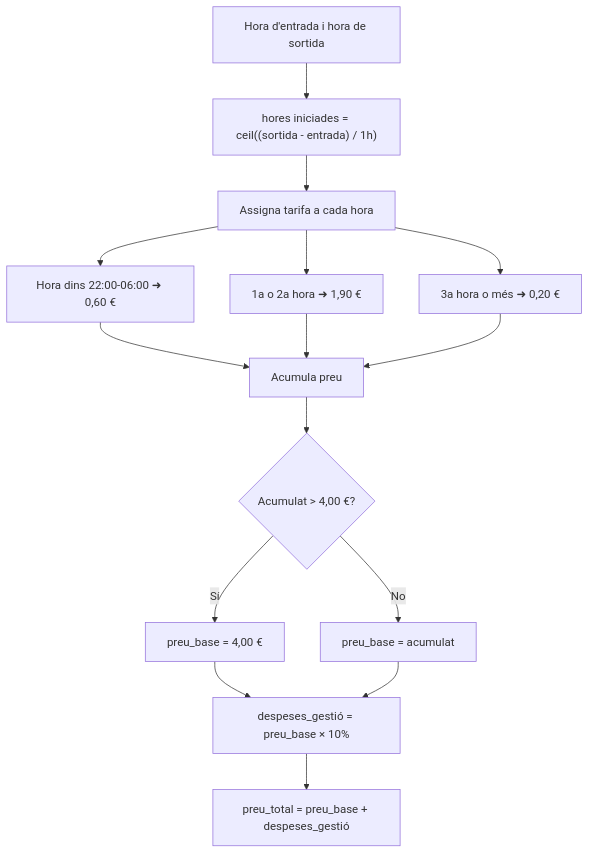
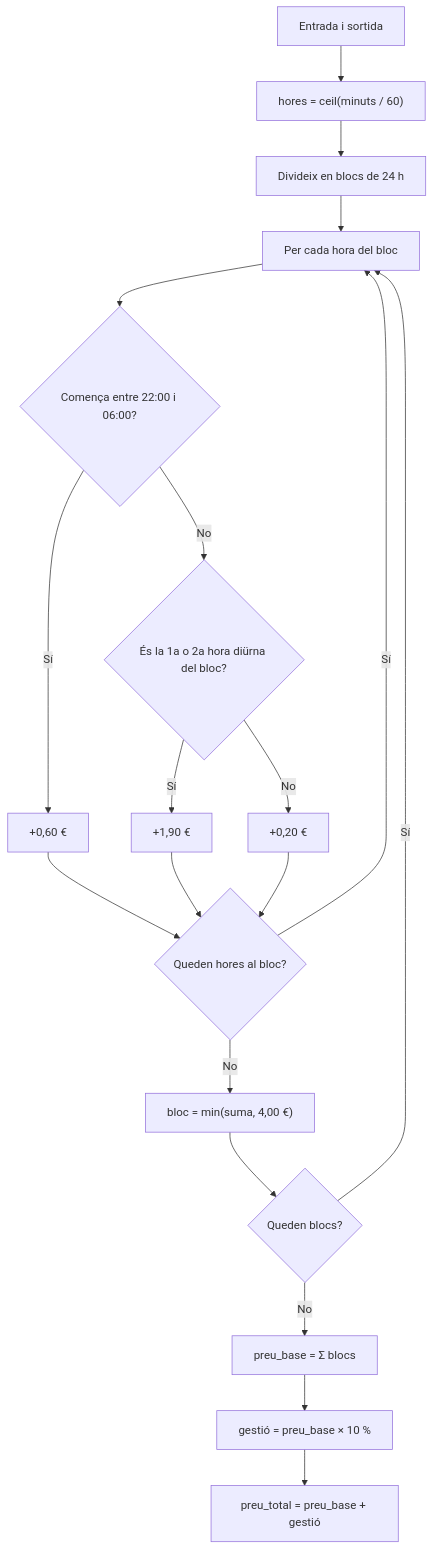
Before and after one commit to carlosxavierx/parkingcsj: the seventh of 7 diagrams in proyecto_parking/sprint1/01-esquema-funcional.md, drawn with Mermaid. The commit also changed other lines of this file and 8 other files, not shown here.

````diff
--- a/proyecto_parking/sprint1/01-esquema-funcional.md
+++ b/proyecto_parking/sprint1/01-esquema-funcional.md
@@ -256,17 +331,19 @@
 ```mermaid
 flowchart TD
-    A["Hora d'entrada i hora de sortida"] --> B["hores iniciades = ceil((sortida - entrada) / 1h)"]
-    B --> C["Assigna tarifa a cada hora"]
-    C --> C1["Hora dins 22:00-06:00 ➜ 0,60 €"]
-    C --> C2["1a o 2a hora ➜ 1,90 €"]
-    C --> C3["3a hora o més ➜ 0,20 €"]
-    C1 --> D["Acumula preu"]
-    C2 --> D
-    C3 --> D
-    D --> E{"Acumulat > 4,00 €?"}
-    E -- Sí --> F["preu_base = 4,00 €"]
-    E -- No --> G["preu_base = acumulat"]
-    F --> H["despeses_gestió = preu_base × 10%"]
-    G --> H
-    H --> I["preu_total = preu_base + despeses_gestió"]
+    A["Entrada i sortida"] --> B["hores = ceil(minuts / 60)"]
+    B --> C["Divideix en blocs de 24 h"]
+    C --> D["Per cada hora del bloc"]
+    D --> E{"Comença entre 22:00 i 06:00?"}
+    E -- Sí --> F["+0,60 €"]
+    E -- No --> G{"És la 1a o 2a hora diürna del bloc?"}
+    G -- Sí --> H["+1,90 €"]
+    G -- No --> I["+0,20 €"]
+    F & H & I --> J{"Queden hores al bloc?"}
+    J -- Sí --> D
+    J -- No --> K["bloc = min(suma, 4,00 €)"]
+    K --> L{"Queden blocs?"}
+    L -- Sí --> D
+    L -- No --> M["preu_base = Σ blocs"]
+    M --> N["gestió = preu_base × 10 %"]
+    N --> O["preu_total = preu_base + gestió"]
 ```
````
